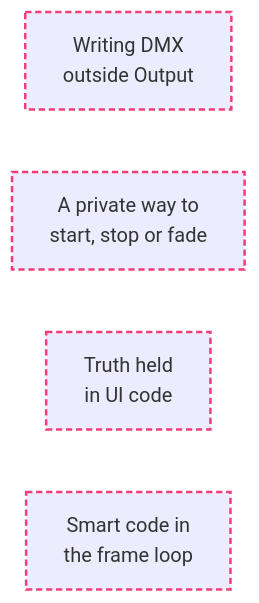
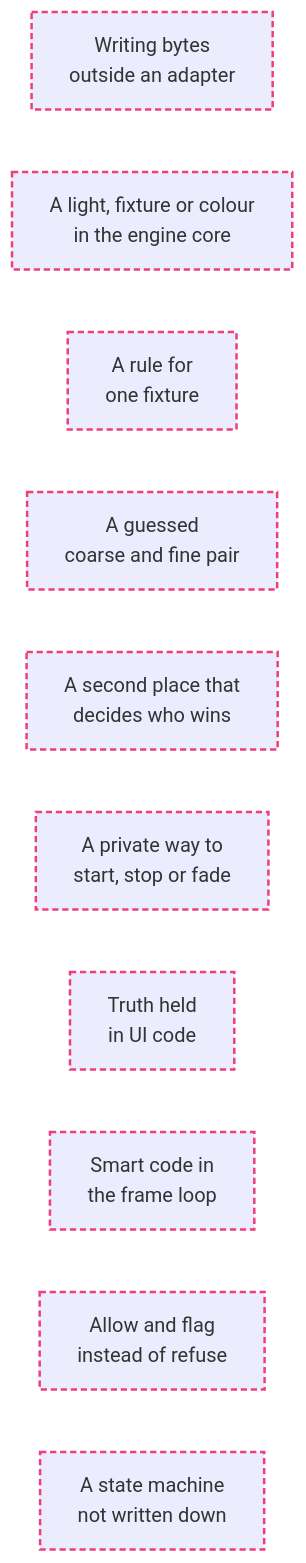
One commit to abossard/bossylights changed diagram 17 of 17 in docs/design/theory.md. Above: the diagram before and after it, drawn with Mermaid. The commit also changed other lines of this file and 17 other files, not shown here.

First line of the commit message:
Theory on channels (#147): one current theory, idea 2 is Channels, not lights

````diff
--- a/docs/design/theory.md
+++ b/docs/design/theory.md
@@ -262,8 +381,14 @@
 ```mermaid
 flowchart LR
-  X1["Writing DMX<br/>outside Output"]:::no
-  X2["A private way to<br/>start, stop or fade"]:::no
-  X3["Truth held<br/>in UI code"]:::no
-  X4["Smart code in<br/>the frame loop"]:::no
+  X1["Writing bytes<br/>outside an adapter"]:::no
+  X2["A light, fixture or colour<br/>in the engine core"]:::no
+  X3["A rule for<br/>one fixture"]:::no
+  X4["A guessed<br/>coarse and fine pair"]:::no
+  X5["A second place that<br/>decides who wins"]:::no
+  X6["A private way to<br/>start, stop or fade"]:::no
+  X7["Truth held<br/>in UI code"]:::no
+  X8["Smart code in<br/>the frame loop"]:::no
+  X9["Allow and flag<br/>instead of refuse"]:::no
+  X10["A state machine<br/>not written down"]:::no
   classDef no stroke:#ef3e7b,stroke-width:2px,stroke-dasharray: 5 3
 ```
````
